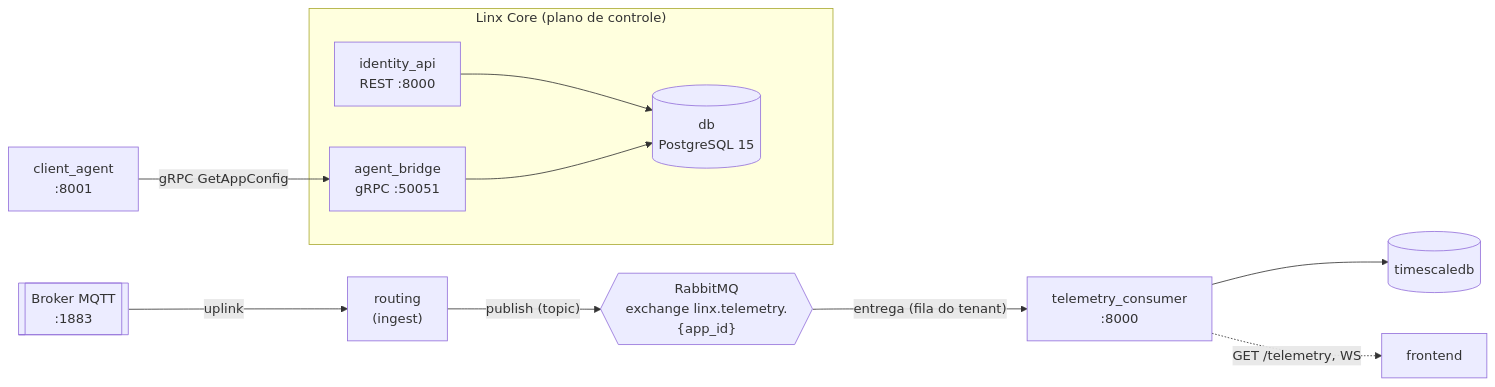
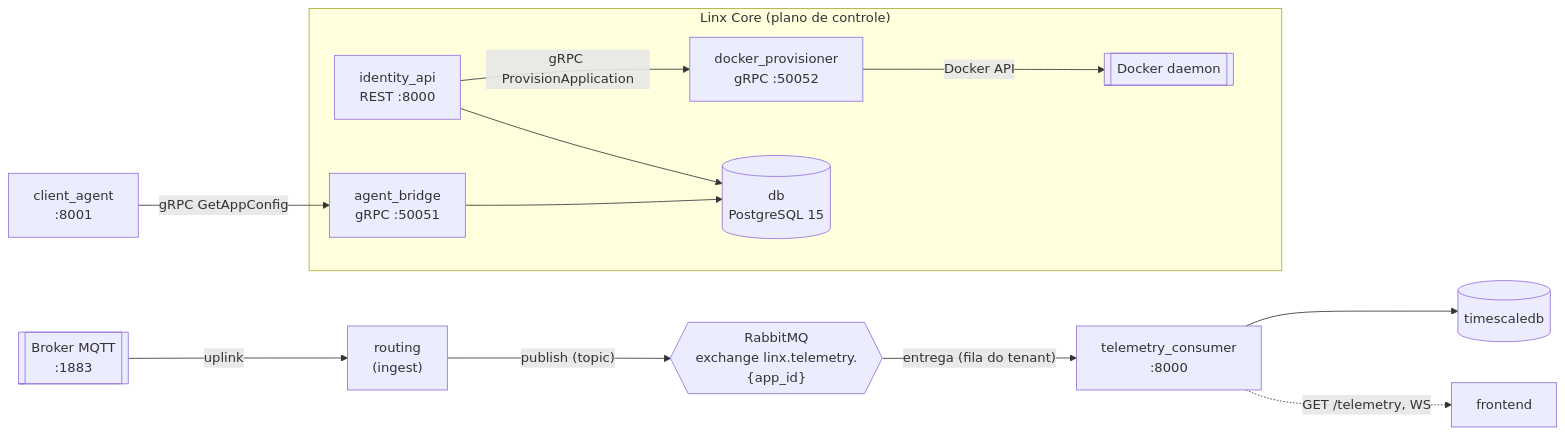
The first of 3 diagrams in docs/comunicacao_entre_servicos.md (IncludeLuisFerreira/LINX-LoRaWAN-Intelligence-Nexus), drawn with Mermaid before and after one commit. The commit also changed other lines of this file and 52 other files, not shown here.

````diff
--- a/docs/comunicacao_entre_servicos.md
+++ b/docs/comunicacao_entre_servicos.md
@@ -48,24 +49,27 @@
 ```mermaid
 flowchart LR
     subgraph SaaS["Linx Core (plano de controle)"]
         ID["identity_api<br/>REST :8000"]
         AB["agent_bridge<br/>gRPC :50051"]
+        DP["docker_provisioner<br/>gRPC :50052"]
         DB[("db<br/>PostgreSQL 15")]
         ID --> DB
         AB --> DB
+        ID -- "gRPC ProvisionApplication" --> DP
+        DP -- "Docker API" --> DK[["Docker daemon"]]
     end
 
     MQTT[["Broker MQTT<br/>:1883"]]
     RT["routing<br/>(ingest)"]
     RMQ{{"RabbitMQ<br/>exchange linx.telemetry.{app_id}"}}
     CA["client_agent<br/>:8001"]
     TC["telemetry_consumer<br/>:8000"]
     TS[("timescaledb")]
 
     MQTT -- "uplink" --> RT
     RT -- "publish (topic)" --> RMQ
     RMQ -- "entrega (fila do tenant)" --> TC
     CA -- "gRPC GetAppConfig" --> AB
     TC --> TS
     TC -. "GET /telemetry, WS" .-> FE["frontend"]
 ```
````
